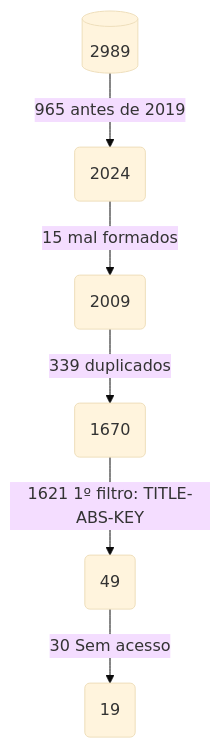
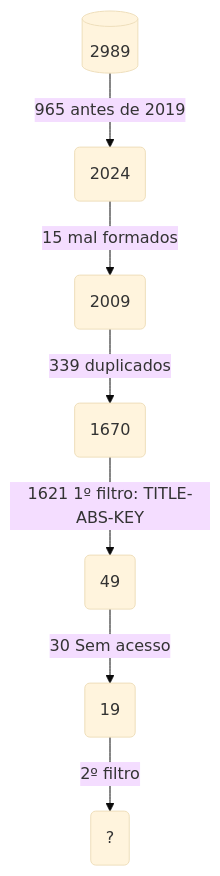
Before and after one commit to emanoelopes/-SBBD_DS4SG_2024_RSL: the diagram in flowchart.mermaid, drawn with Mermaid (base theme).

```diff
--- a/flowchart.mermaid
+++ b/flowchart.mermaid
@@ -1,6 +1,7 @@
 flowchart TD
     A[(2989)] -->|965 antes de 2019| B(2024)
     B --> |15 mal formados| C(2009)
     C --> |339 duplicados | D(1670)
     D --> |1621 1º filtro: TITLE-ABS-KEY | E(49)
     E --> |30 Sem acesso| F(19)
+    F --> |2º filtro| G(?)
```
